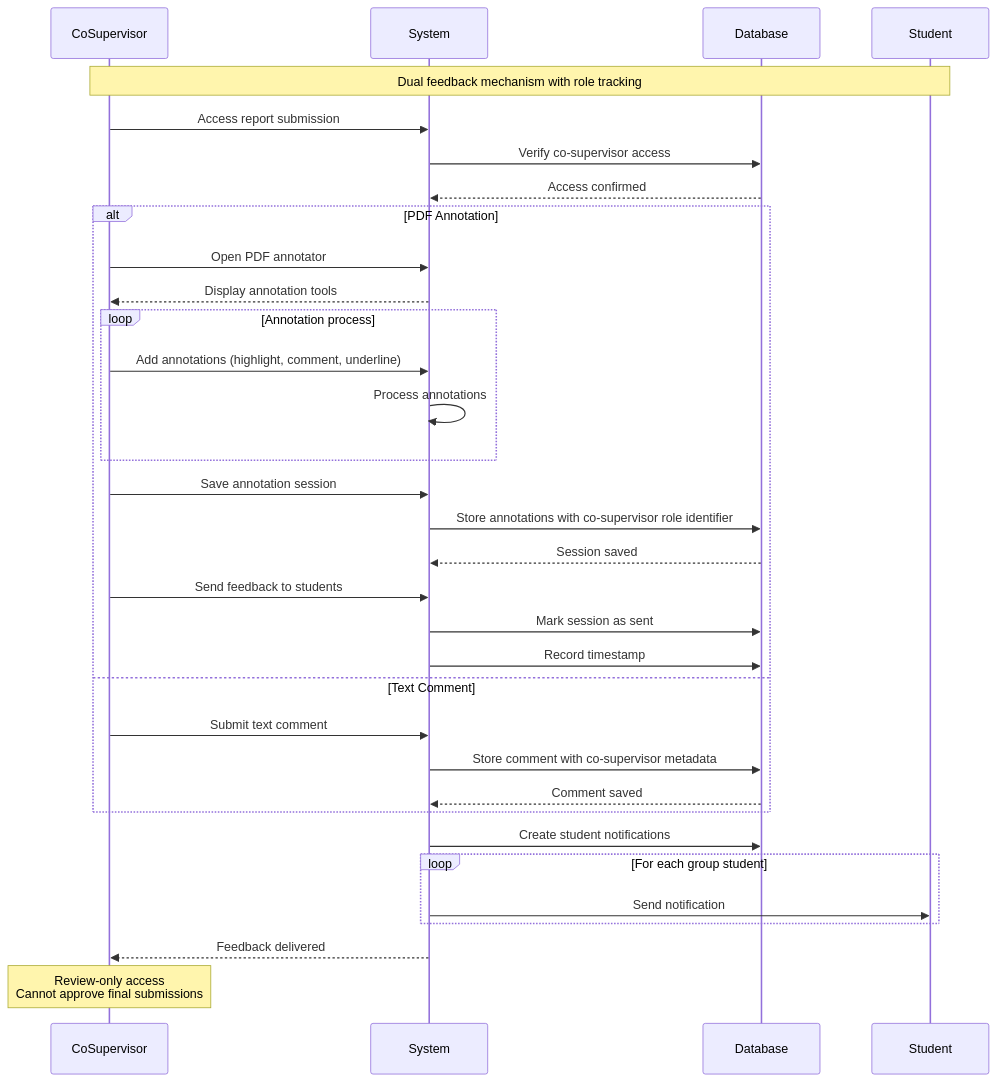
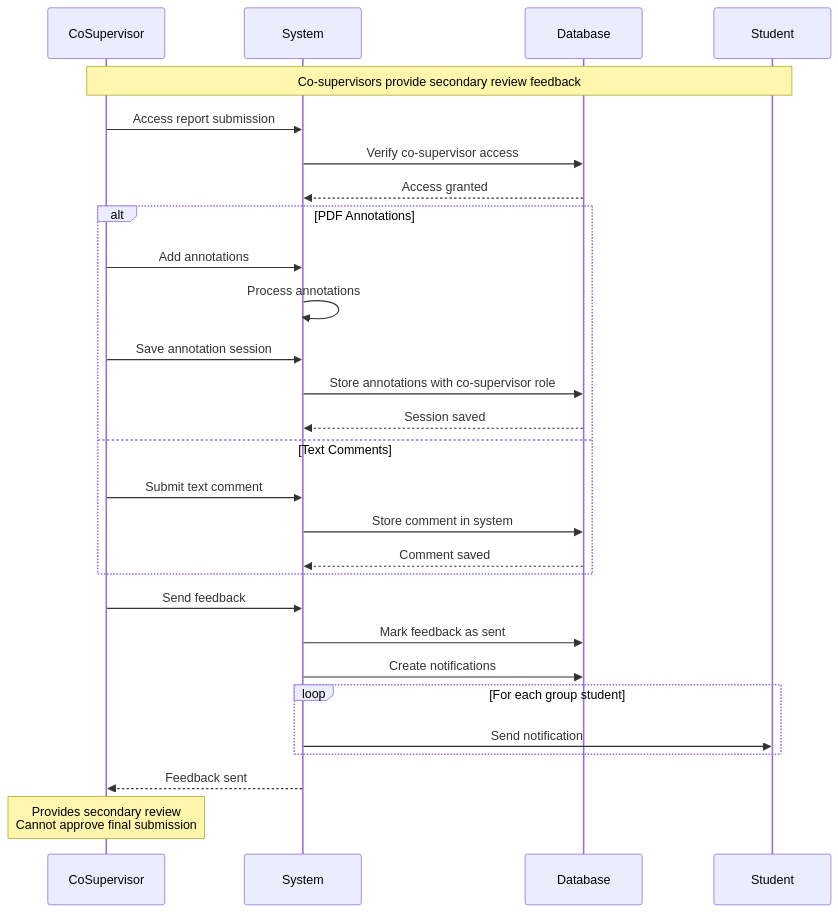
One commit to abdullah2323442/thesisrepo-backup changed diagram 11 of 36 in sequence-academic.md. Above: the diagram before and after it, drawn with Mermaid. The commit also changed other lines of this file, not shown here.

Commit message:
update sequence academic md

````diff
--- a/sequence-academic.md
+++ b/sequence-academic.md
@@ -311,46 +311,37 @@
 ```mermaid
 sequenceDiagram
     participant CoSupervisor
     participant System
     participant Database
     participant Student
 
-    Note over CoSupervisor,Student: Dual feedback mechanism with role tracking
+    Note over CoSupervisor,Student: Co-supervisors provide secondary review feedback
     
     CoSupervisor->>System: Access report submission
     System->>Database: Verify co-supervisor access
-    Database-->>System: Access confirmed
+    Database-->>System: Access granted
     
-    alt PDF Annotation
-        CoSupervisor->>System: Open PDF annotator
-        System-->>CoSupervisor: Display annotation tools
-        
-        loop Annotation process
-            CoSupervisor->>System: Add annotations (highlight, comment, underline)
-            System->>System: Process annotations
-        end
-        
+    alt PDF Annotations
+        CoSupervisor->>System: Add annotations
+        System->>System: Process annotations
         CoSupervisor->>System: Save annotation session
-        System->>Database: Store annotations with co-supervisor role identifier
+        System->>Database: Store annotations with co-supervisor role
         Database-->>System: Session saved
-        
-        CoSupervisor->>System: Send feedback to students
-        System->>Database: Mark session as sent
-        System->>Database: Record timestamp
-        
-    else Text Comment
+    else Text Comments
         CoSupervisor->>System: Submit text comment
-        System->>Database: Store comment with co-supervisor metadata
+        System->>Database: Store comment in system
         Database-->>System: Comment saved
     end
     
-    System->>Database: Create student notifications
+    CoSupervisor->>System: Send feedback
+    System->>Database: Mark feedback as sent
+    System->>Database: Create notifications
     
     loop For each group student
         System->>Student: Send notification
     end
     
-    System-->>CoSupervisor: Feedback delivered
+    System-->>CoSupervisor: Feedback sent
     
-    Note over CoSupervisor: Review-only access<br/>Cannot approve final submissions
+    Note over CoSupervisor: Provides secondary review<br/>Cannot approve final submission
 ```
````
